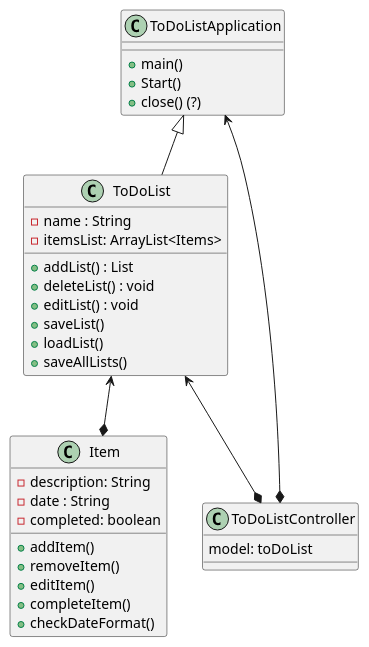
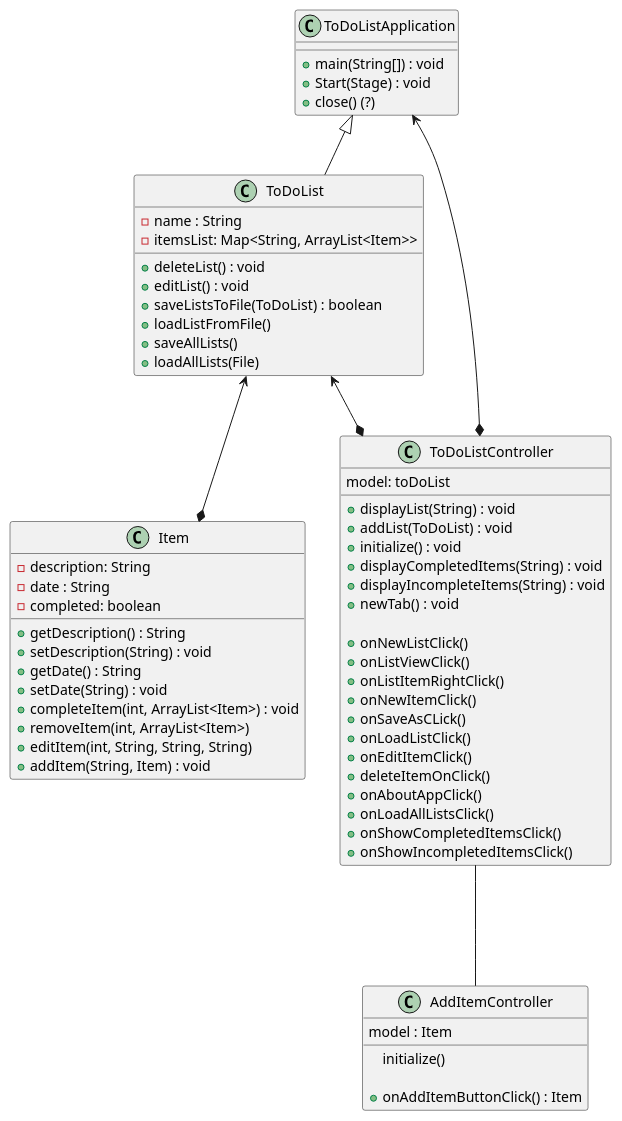
Before and after one commit to Joey-Crown/crown-cop3330-assignment4: the diagram in build/resources/main/assignment4.puml, drawn with PlantUML. The commit also changed 7 other files, not shown here.

```diff
--- a/build/resources/main/assignment4.puml
+++ b/build/resources/main/assignment4.puml
@@ -1,44 +1,77 @@
 @startuml
 'https://plantuml.com/sequence-diagram
 
 class ToDoListApplication {
-    + main()
-    + Start()
+    + main(String[]) : void
+    + Start(Stage) : void
     + close() (?)
 }
 
 class ToDoList {
     - name : String
-    - itemsList: ArrayList<Items>
+    - itemsList: Map<String, ArrayList<Item>>
 
-    + addList() : List
     + deleteList() : void
     + editList() : void
-    + saveList()
-    + loadList()
+    + saveListsToFile(ToDoList) : boolean
+    + loadListFromFile()
     + saveAllLists()
+    + loadAllLists(File)
 }
 
 class Item {
     - description: String
     - date : String
     - completed: boolean
 
-    + addItem()
-    + removeItem()
-    + editItem()
-    + completeItem()
-    + checkDateFormat()
+    + getDescription() : String
+    + setDescription(String) : void
+    + getDate() : String
+    + setDate(String) : void
+    + completeItem(int, ArrayList<Item>) : void
+    + removeItem(int, ArrayList<Item>)
+    + editItem(int, String, String, String)
+    + addItem(String, Item) : void
 }
 
 class ToDoListController {
     model: toDoList
 
+    + displayList(String) : void
+    + addList(ToDoList) : void
+    + initialize() : void
+    + displayCompletedItems(String) : void
+    + displayIncompleteItems(String) : void
+    + newTab() : void
+
     'GUI event handlers
+    + onNewListClick()
+    + onListViewClick()
+    + onListItemRightClick()
+    + onNewItemClick()
+    + onSaveAsCLick()
+    + onLoadListClick()
+    + onEditItemClick()
+    + deleteItemOnClick()
+    + onAboutAppClick()
+    + onLoadAllListsClick()
+    + onShowCompletedItemsClick()
+    + onShowIncompletedItemsClick()
+
+}
+
+class AddItemController {
+    model : Item
+
+    initialize()
+
+    'GUI event handlers
+    + onAddItemButtonClick() : Item
 }
 
 ToDoList <--* Item
 ToDoListApplication <|-- ToDoList
 ToDoList <--* ToDoListController
 ToDoListApplication <--* ToDoListController
+ToDoListController --- AddItemController
 @enduml
```
